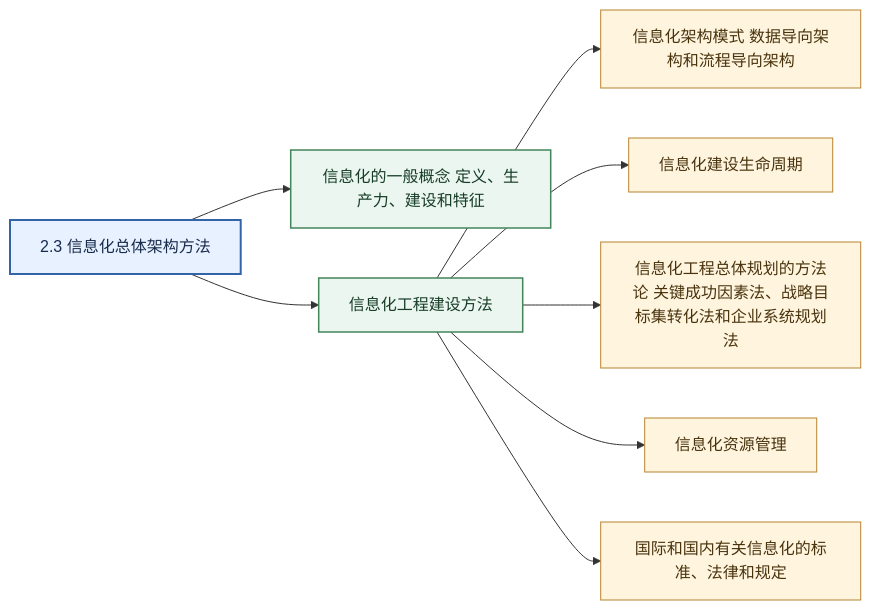
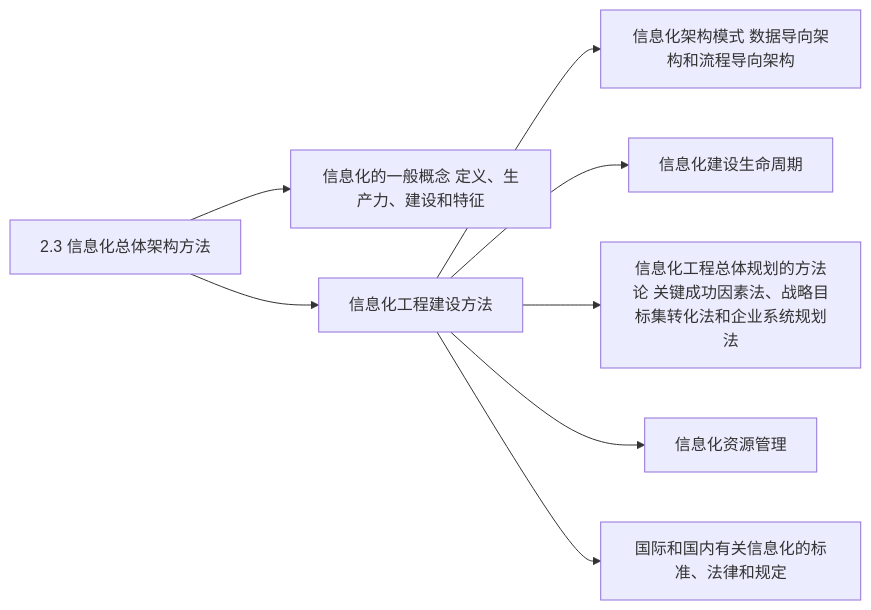
Before and after one commit to mingf423/ruankao: the fifth of 43 diagrams in docs/system-architecture-designer/01_官方大纲与考试政策/02_案例分析大纲脑图.md, drawn with Mermaid. The commit also changed other lines of this file, not shown here.

Commit message:
Make case-analysis Mermaid diagrams renderer-compatible

````diff
--- a/docs/system-architecture-designer/01_官方大纲与考试政策/02_案例分析大纲脑图.md
+++ b/docs/system-architecture-designer/01_官方大纲与考试政策/02_案例分析大纲脑图.md
@@ -126,29 +94,18 @@
 ```mermaid
 flowchart LR
   R["2.3 信息化总体架构方法"]
-  classDef root fill:#e8f1ff,stroke:#3563a8,color:#172b4d,stroke-width:2px;
-  classDef group fill:#eaf6ef,stroke:#43845b,color:#173d27,stroke-width:1.5px;
-  classDef item fill:#fff5df,stroke:#b7832f,color:#49330d,stroke-width:1px;
-  class R root;
   N1["信息化的一般概念 定义、生产力、建设和特征"]
   R --> N1
-  class N1 group;
   N2["信息化工程建设方法"]
   R --> N2
-  class N2 group;
   N3["信息化架构模式 数据导向架构和流程导向架构"]
   N2 --> N3
-  class N3 item;
   N4["信息化建设生命周期"]
   N2 --> N4
-  class N4 item;
   N5["信息化工程总体规划的方法论 关键成功因素法、战略目标集转化法和企业系统规划法"]
   N2 --> N5
-  class N5 item;
   N6["信息化资源管理"]
   N2 --> N6
-  class N6 item;
   N7["国际和国内有关信息化的标准、法律和规定"]
   N2 --> N7
-  class N7 item;
 ```
````
